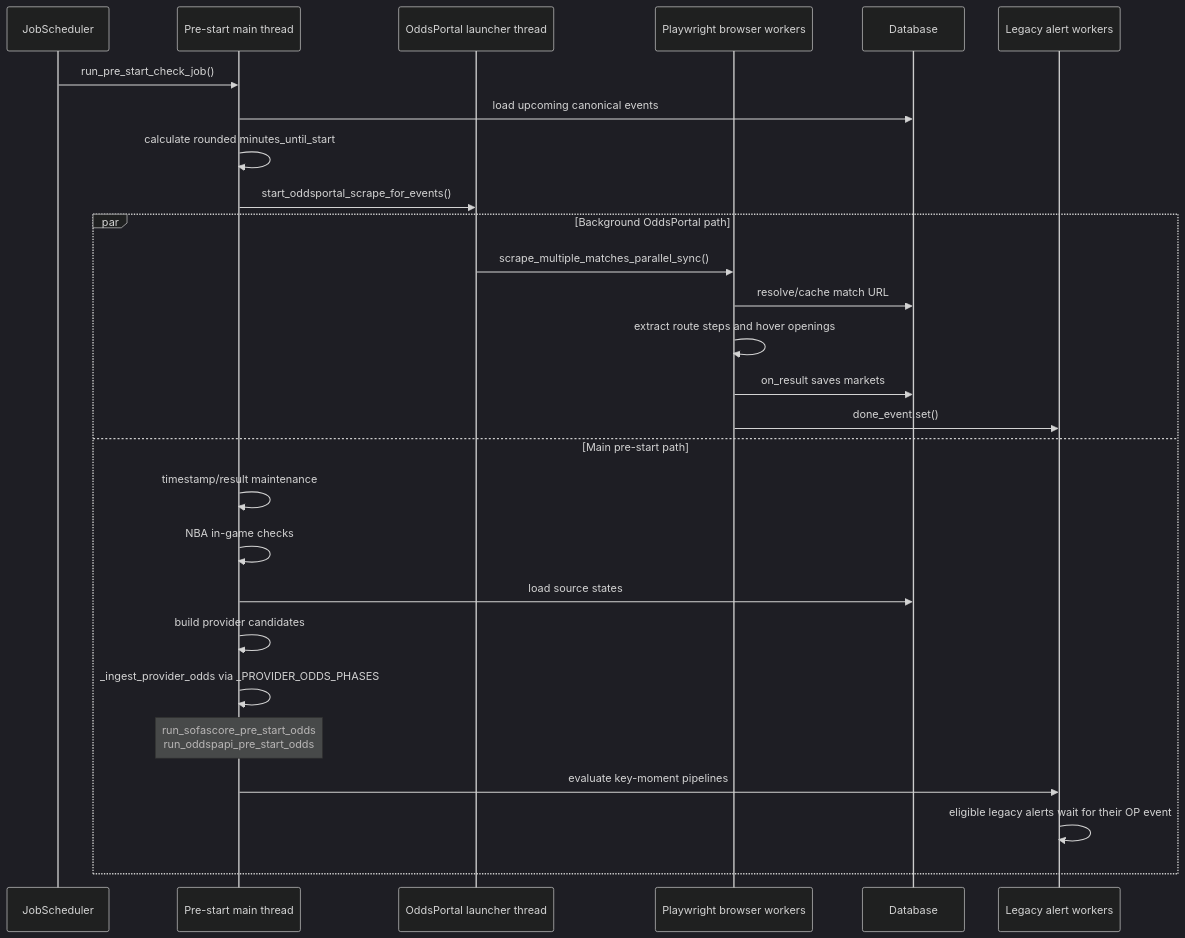
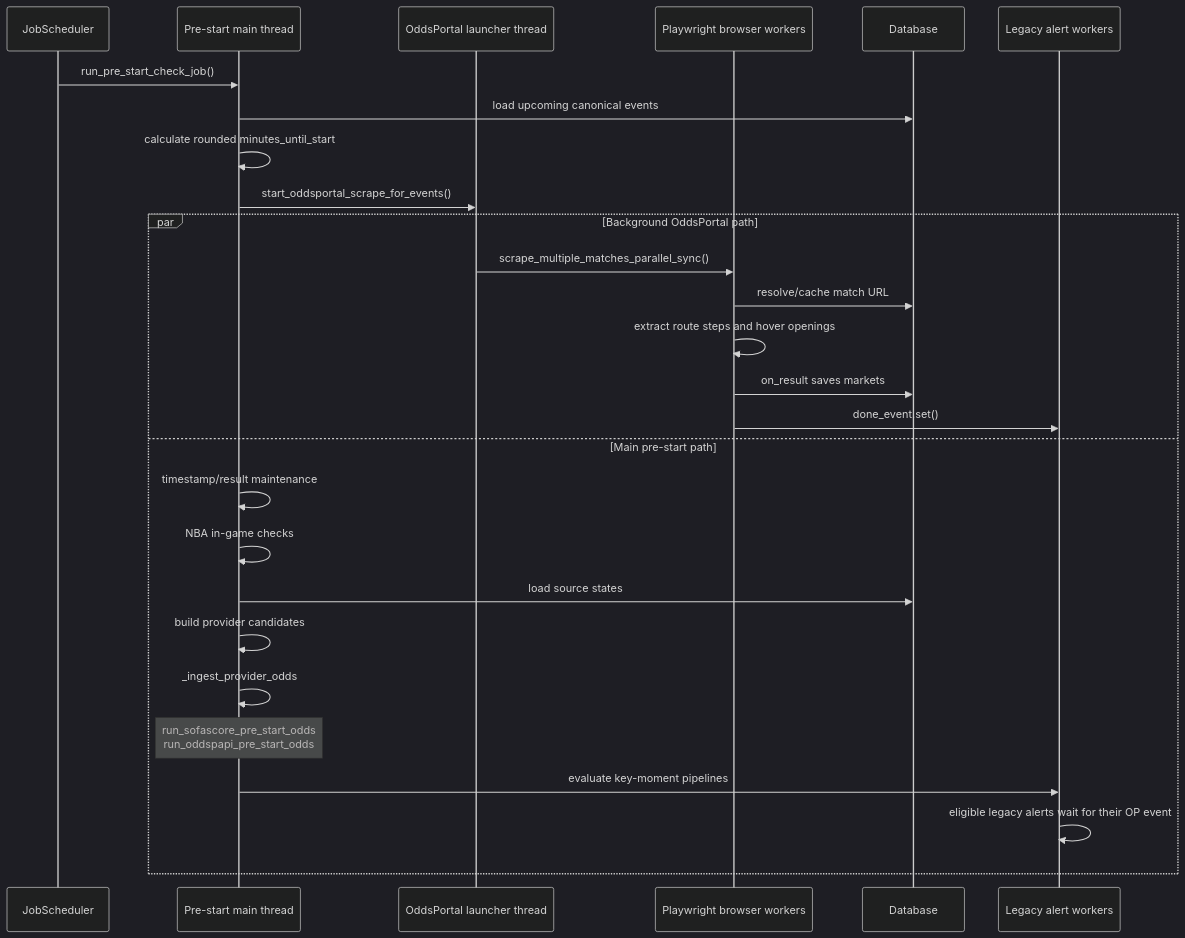
The diagram in docs/providers/oddsportal_scraping.md (GadielRP/scraping_with_api), drawn with Mermaid (dark theme) before and after one commit. The commit also changed other lines of this file and 13 other files, not shown here.

````diff
--- a/docs/providers/oddsportal_scraping.md
+++ b/docs/providers/oddsportal_scraping.md
@@ -112,30 +112,30 @@
 ```mermaid
 sequenceDiagram
     participant JS as JobScheduler
     participant PS as Pre-start main thread
     participant OP as OddsPortal launcher thread
     participant BR as Playwright browser workers
     participant DB as Database
     participant AL as Legacy alert workers
 
     JS->>PS: run_pre_start_check_job()
     PS->>DB: load upcoming canonical events
     PS->>PS: calculate rounded minutes_until_start
     PS->>OP: start_oddsportal_scrape_for_events()
     par Background OddsPortal path
         OP->>BR: scrape_multiple_matches_parallel_sync()
         BR->>DB: resolve/cache match URL
         BR->>BR: extract route steps and hover openings
         BR->>DB: on_result saves markets
         BR->>AL: done_event.set()
     and Main pre-start path
         PS->>PS: timestamp/result maintenance
         PS->>PS: NBA in-game checks
         PS->>DB: load source states
         PS->>PS: build provider candidates
-        PS->>PS: _ingest_provider_odds via _PROVIDER_ODDS_PHASES
+        PS->>PS: _ingest_provider_odds
         Note over PS: run_sofascore_pre_start_odds<br/>run_oddspapi_pre_start_odds
         PS->>AL: evaluate key-moment pipelines
         AL->>AL: eligible legacy alerts wait for their OP event
     end
 ```
````
